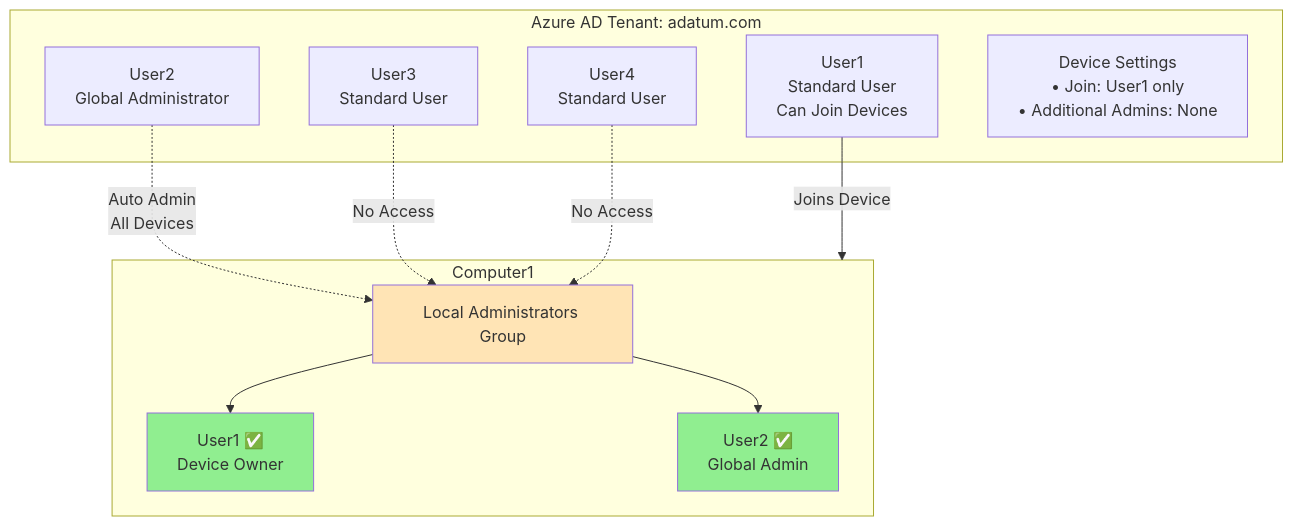
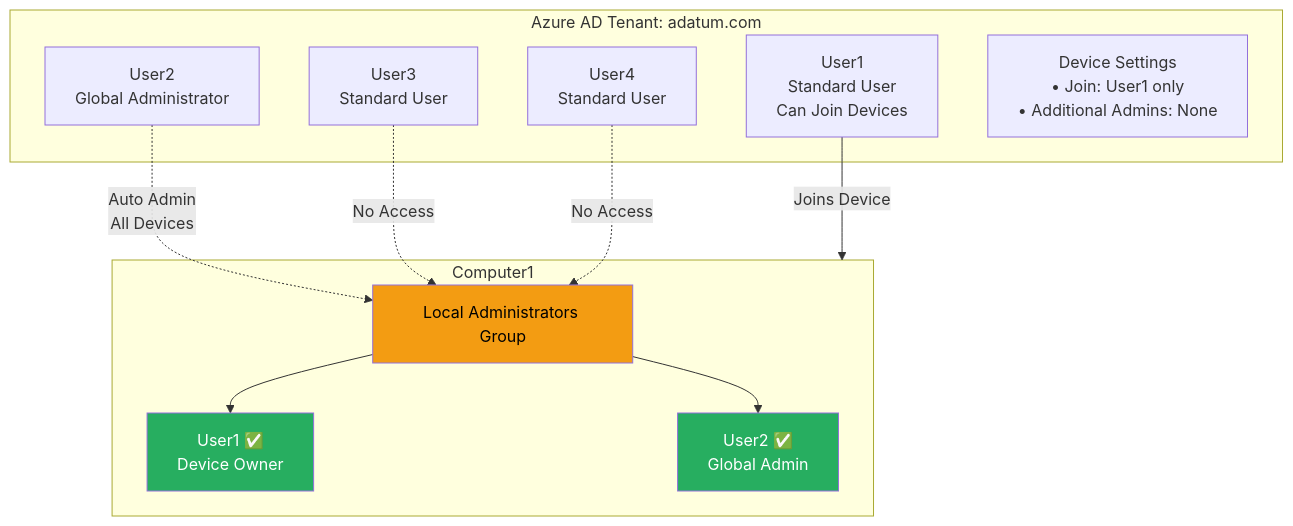
Before and after one commit to gurkanindibay/azure_learning: the diagram in architecture-azure/security/entra-id/azure-ad-device-join-local-administrators.md, drawn with Mermaid. The commit also changed 7 other files, not shown here.

Commit message:
Add accessibility guidelines for diagrams and documentation

````diff
--- a/architecture-azure/security/entra-id/azure-ad-device-join-local-administrators.md
+++ b/architecture-azure/security/entra-id/azure-ad-device-join-local-administrators.md
@@ -279,30 +279,30 @@
 ```mermaid
 graph TB
     subgraph "Azure AD Tenant: adatum.com"
         U1[User1<br/>Standard User<br/>Can Join Devices]
         U2[User2<br/>Global Administrator]
         U3[User3<br/>Standard User]
         U4[User4<br/>Standard User]
         
         Settings[Device Settings<br/>• Join: User1 only<br/>• Additional Admins: None]
     end
     
     subgraph "Computer1"
         LA[Local Administrators Group]
         U1Admin[User1 ✅<br/>Device Owner]
         U2Admin[User2 ✅<br/>Global Admin]
         
         LA --> U1Admin
         LA --> U2Admin
     end
     
     U1 -->|Joins Device| Computer1
     U2 -.->|Auto Admin<br/>All Devices| LA
     
     U3 -.->|No Access| LA
     U4 -.->|No Access| LA
     
-    style U1Admin fill:#90EE90
-    style U2Admin fill:#90EE90
-    style LA fill:#FFE4B5
+    style U1Admin fill:#27ae60,color:#ffffff
+    style U2Admin fill:#27ae60,color:#ffffff
+    style LA fill:#f39c12,color:#000000
 ```
````
